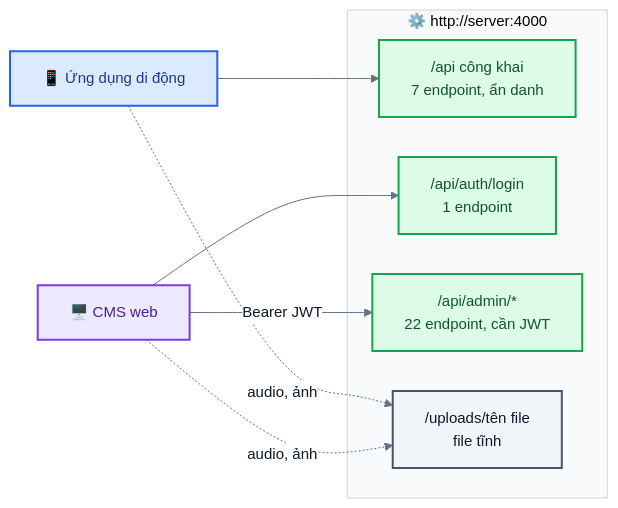
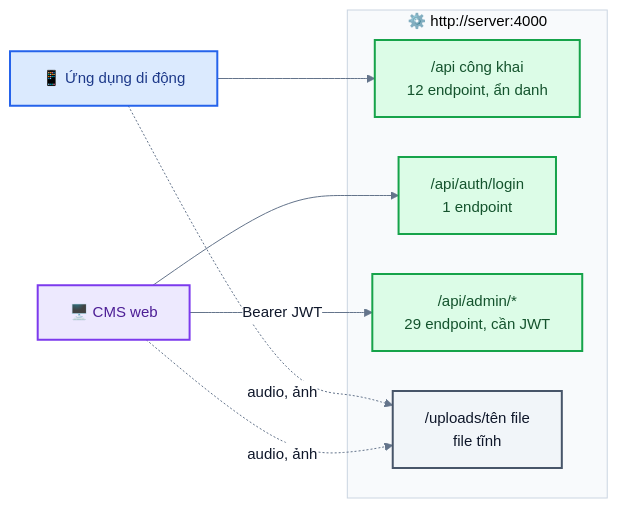
The first of 10 diagrams in docs/api.md (AiraLeFatale/CongNghePhanMem_Project), drawn with Mermaid before and after one commit. The commit also changed other lines of this file and 145 other files, not shown here.

First line of the commit message:
Công khai website qua tên miền riêng, đếm live 1 giây và thanh toán VietQR

````diff
--- a/docs/api.md
+++ b/docs/api.md
@@ -3,22 +3,22 @@
 ```mermaid
 %%{init: {"theme":"base","fontFamily":"Helvetica Neue, Arial, sans-serif","themeVariables":{"fontFamily":"Helvetica Neue, Arial, sans-serif","fontSize":"15px","primaryColor":"#EFF6FF","primaryBorderColor":"#3B82F6","primaryTextColor":"#0F172A","lineColor":"#64748B","secondaryColor":"#F0FDF4","tertiaryColor":"#FFFFFF","clusterBkg":"#F8FAFC","clusterBorder":"#CBD5E1","edgeLabelBackground":"#FFFFFF","noteBkgColor":"#FEF9C3","noteBorderColor":"#EAB308","actorBkg":"#DBEAFE","actorBorder":"#2563EB","actorTextColor":"#1E3A8A","signalColor":"#475569","signalTextColor":"#0F172A","labelBoxBkgColor":"#F1F5F9","labelBoxBorderColor":"#94A3B8","activationBkgColor":"#E0F2FE","activationBorderColor":"#0284C7","sequenceNumberColor":"#FFFFFF","pie1":"#16A34A","pie2":"#F59E0B","pie3":"#94A3B8","pie4":"#DC2626","pie5":"#2563EB","pie6":"#7C3AED","pieStrokeColor":"#FFFFFF","pieSectionTextColor":"#FFFFFF","quadrant1Fill":"#FEE2E2","quadrant2Fill":"#FEF3C7","quadrant3Fill":"#DCFCE7","quadrant4Fill":"#FEF3C7","quadrantPointFill":"#1E3A8A","quadrantPointTextFill":"#0F172A","git0":"#1E3A8A","gitBranchLabel0":"#FFFFFF","cScale0":"#DBEAFE","cScale1":"#DCFCE7","cScale2":"#EDE9FE","cScale3":"#FEF3C7","cScale4":"#FFE4E6","cScale5":"#E0F2FE","cScale6":"#F1F5F9"},"flowchart":{"curve":"basis","padding":16,"nodeSpacing":40,"rankSpacing":50},"sequence":{"showSequenceNumbers":true,"mirrorActors":false}}}%%
 flowchart LR
     APP["📱 Ứng dụng di động"]:::mobile
     CMS["🖥️ CMS web"]:::cms
     APP --> PUB
     CMS --> LOGIN
     CMS -- "Bearer JWT" --> ADM
     APP -. "audio, ảnh" .-> UP
     CMS -. "audio, ảnh" .-> UP
     subgraph API["⚙️ http://server:4000"]
-        PUB["/api công khai<br/>7 endpoint, ẩn danh"]:::backend
+        PUB["/api công khai<br/>12 endpoint, ẩn danh"]:::backend
         LOGIN["/api/auth/login<br/>1 endpoint"]:::backend
-        ADM["/api/admin/*<br/>22 endpoint, cần JWT"]:::backend
+        ADM["/api/admin/*<br/>29 endpoint, cần JWT"]:::backend
         UP["/uploads/tên file<br/>file tĩnh"]:::data
     end
     style API fill:#F8FAFC,stroke:#CBD5E1
     classDef backend fill:#DCFCE7,stroke:#16A34A,stroke-width:2px,color:#14532D
     classDef cms fill:#EDE9FE,stroke:#7C3AED,stroke-width:2px,color:#4C1D95
     classDef data fill:#F1F5F9,stroke:#475569,stroke-width:2px,color:#0F172A
     classDef mobile fill:#DBEAFE,stroke:#2563EB,stroke-width:2px,color:#1E3A8A
 ```
````
